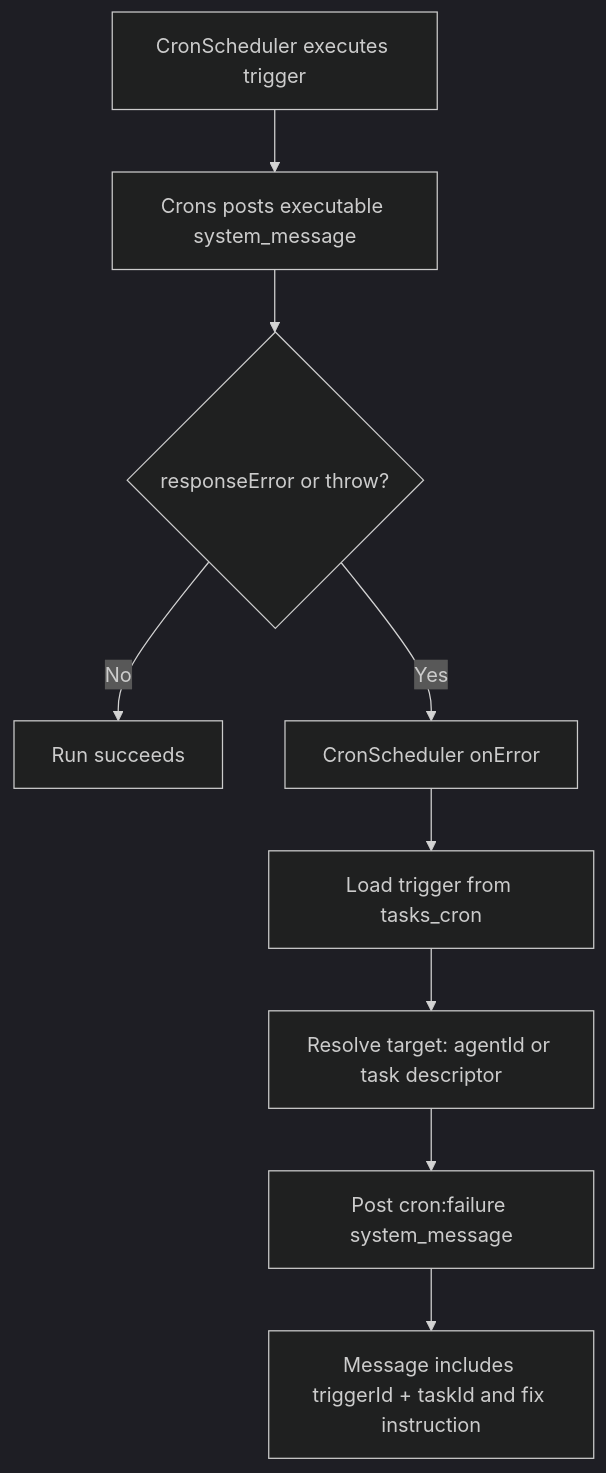
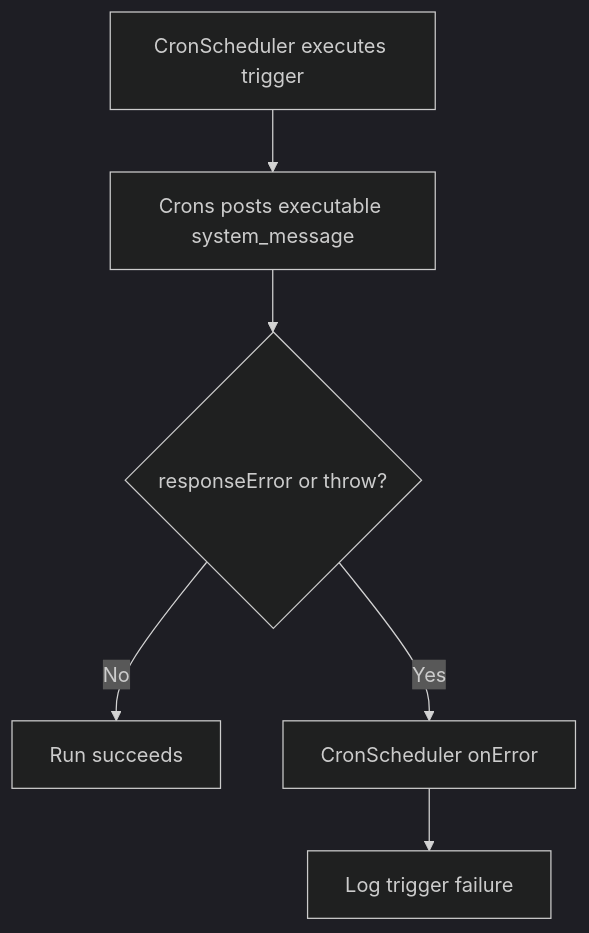
Before and after one commit to ex3ndr/daycare: the diagram in doc/20260301-cron-failure-reporting.md, drawn with Mermaid (dark theme). The commit also changed other lines of this file and 3 other files, not shown here.

````diff
--- a/doc/20260301-cron-failure-reporting.md
+++ b/doc/20260301-cron-failure-reporting.md
@@ -21,11 +15,8 @@
 ```mermaid
 flowchart TD
     A[CronScheduler executes trigger] --> B[Crons posts executable system_message]
     B --> C{responseError or throw?}
     C -->|No| D[Run succeeds]
     C -->|Yes| E[CronScheduler onError]
-    E --> F[Load trigger from tasks_cron]
-    F --> G[Resolve target: agentId or task descriptor]
-    G --> H[Post cron:failure system_message]
-    H --> I[Message includes triggerId + taskId and fix instruction]
+    E --> F[Log trigger failure]
 ```
````
